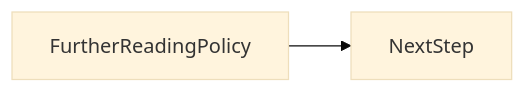
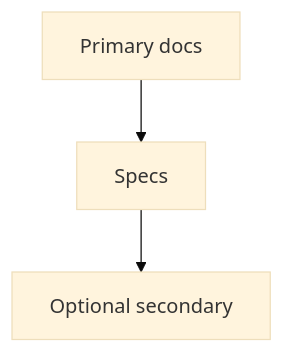
One commit to OmidJavaherii/Frontend-Engineering-Handbook changed the second of 3 diagrams in docs/en/25-appendix/further-reading-policy/index.md. Above: the diagram before and after it, drawn with Mermaid (base theme). The commit also changed other lines of this file and 461 other files, not shown here.

````diff
--- a/docs/en/25-appendix/further-reading-policy/index.md
+++ b/docs/en/25-appendix/further-reading-policy/index.md
@@ -94,4 +109,5 @@
 ```mermaid
-flowchart LR
-  concept[FurtherReadingPolicy] --> nextStep[NextStep]
+flowchart TD
+  n0[Primary docs] --> n1[Specs]
+  n1[Specs] --> n2[Optional secondary]
 ```
````
